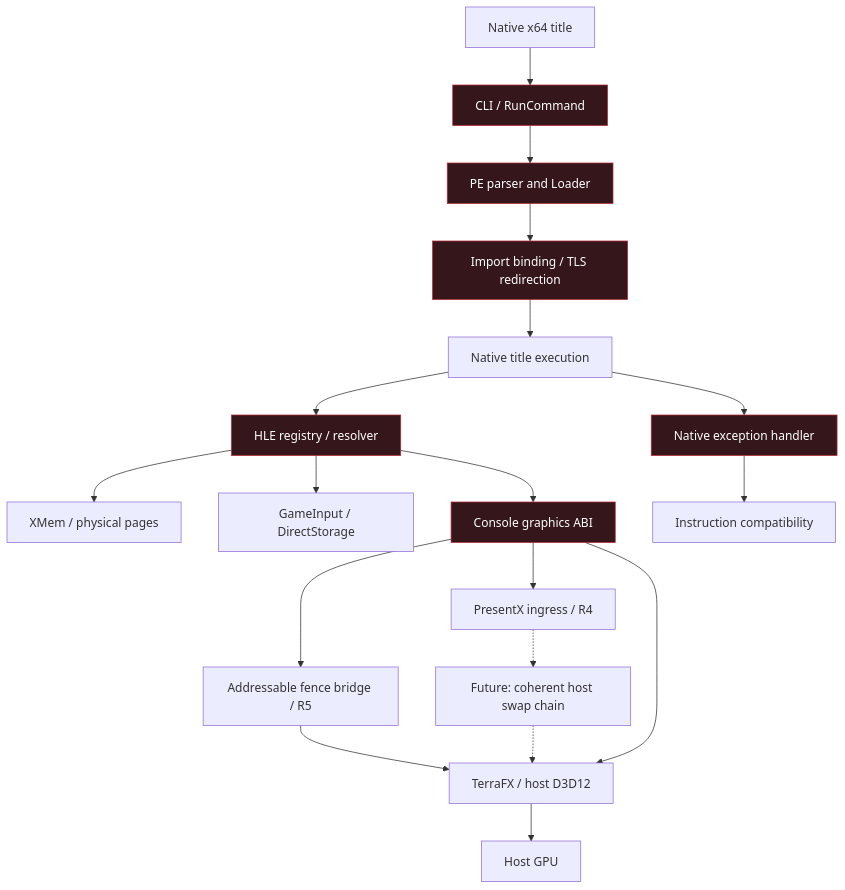
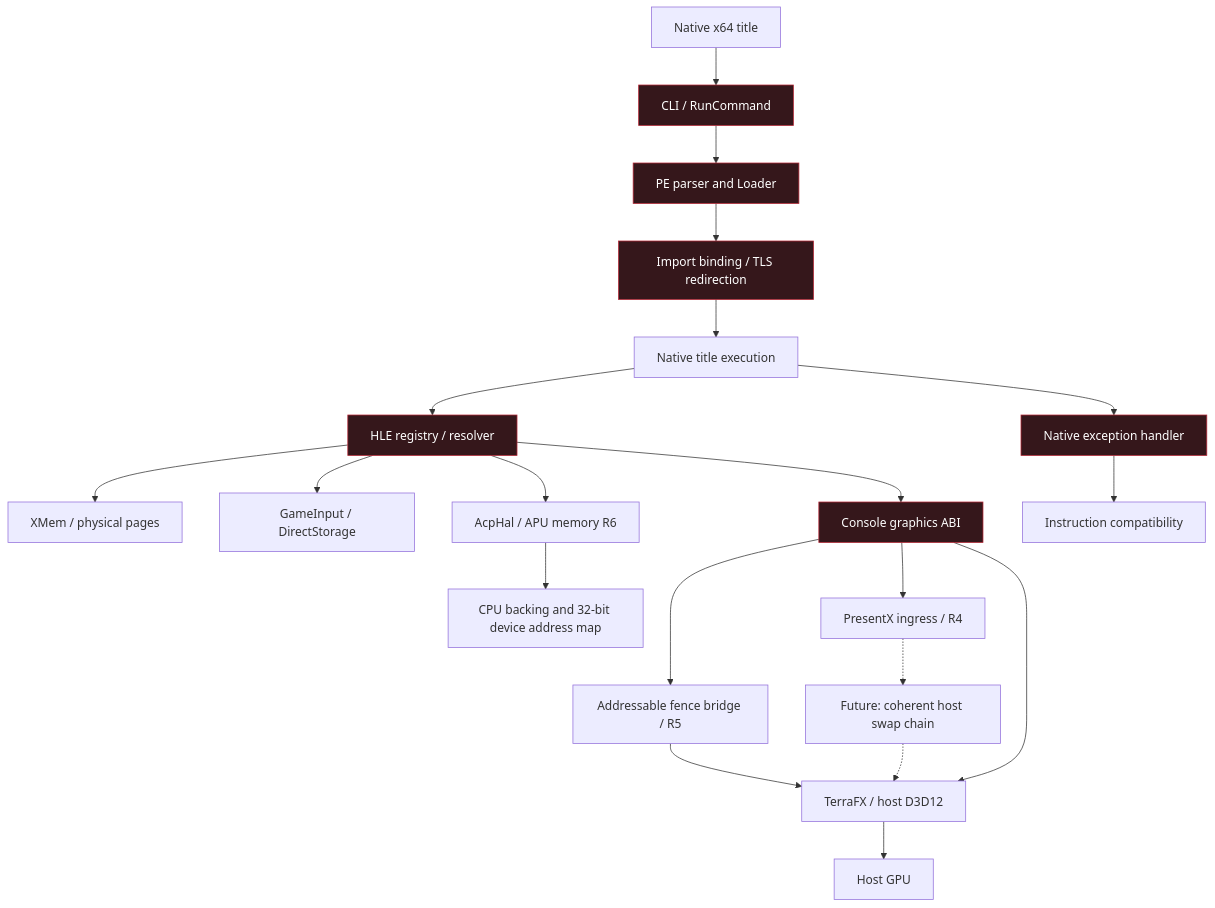
Before and after one commit to DBWilliamEngineering/IraRationis: the first of 7 diagrams in README.md, drawn with Mermaid. The commit also changed other lines of this file and 8 other files, not shown here.

````diff
--- a/README.md
+++ b/README.md
@@ -39,22 +39,24 @@
 ```mermaid
 flowchart TD
     A[Native x64 title] --> B[CLI / RunCommand]
     B --> C[PE parser and Loader]
     C --> D[Import binding / TLS redirection]
     D --> E[Native title execution]
     E --> F[HLE registry / resolver]
     E --> G[Native exception handler]
     F --> H[XMem / physical pages]
     F --> I[GameInput / DirectStorage]
+    F --> S[AcpHal / APU memory R6]
+    S --> T[CPU backing and 32-bit device address map]
     F --> J[Console graphics ABI]
     J --> P[PresentX ingress / R4]
     J --> R[Addressable fence bridge / R5]
     R --> K
     P -.-> Q[Future: coherent host swap chain]
     Q -.-> K
     J --> K[TerraFX / host D3D12]
     K --> L[Host GPU]
     G --> M[Instruction compatibility]
     classDef irx fill:#35171b,stroke:#b52837,color:#fff
     class B,C,D,F,G,J irx
 ```
````
